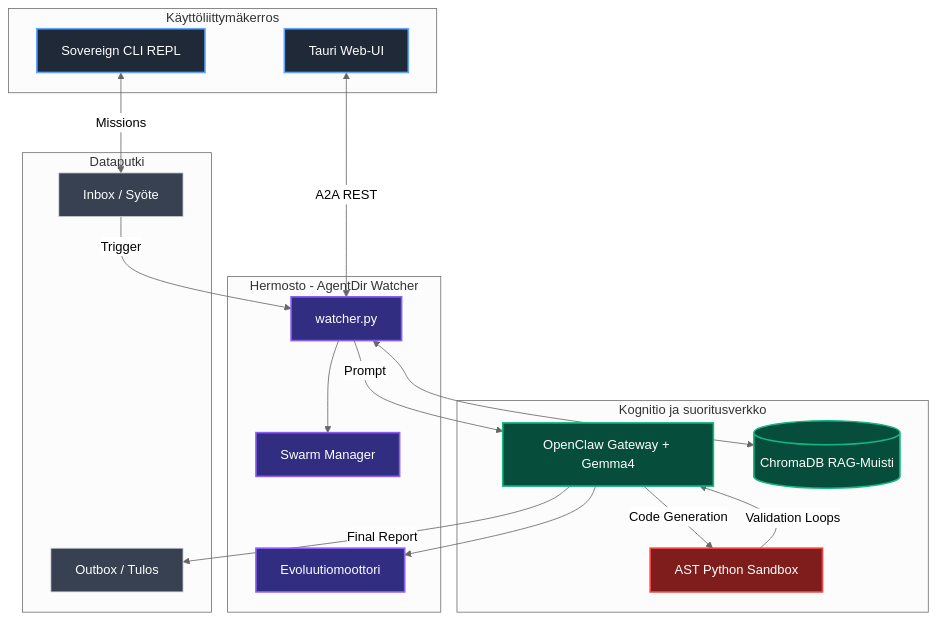
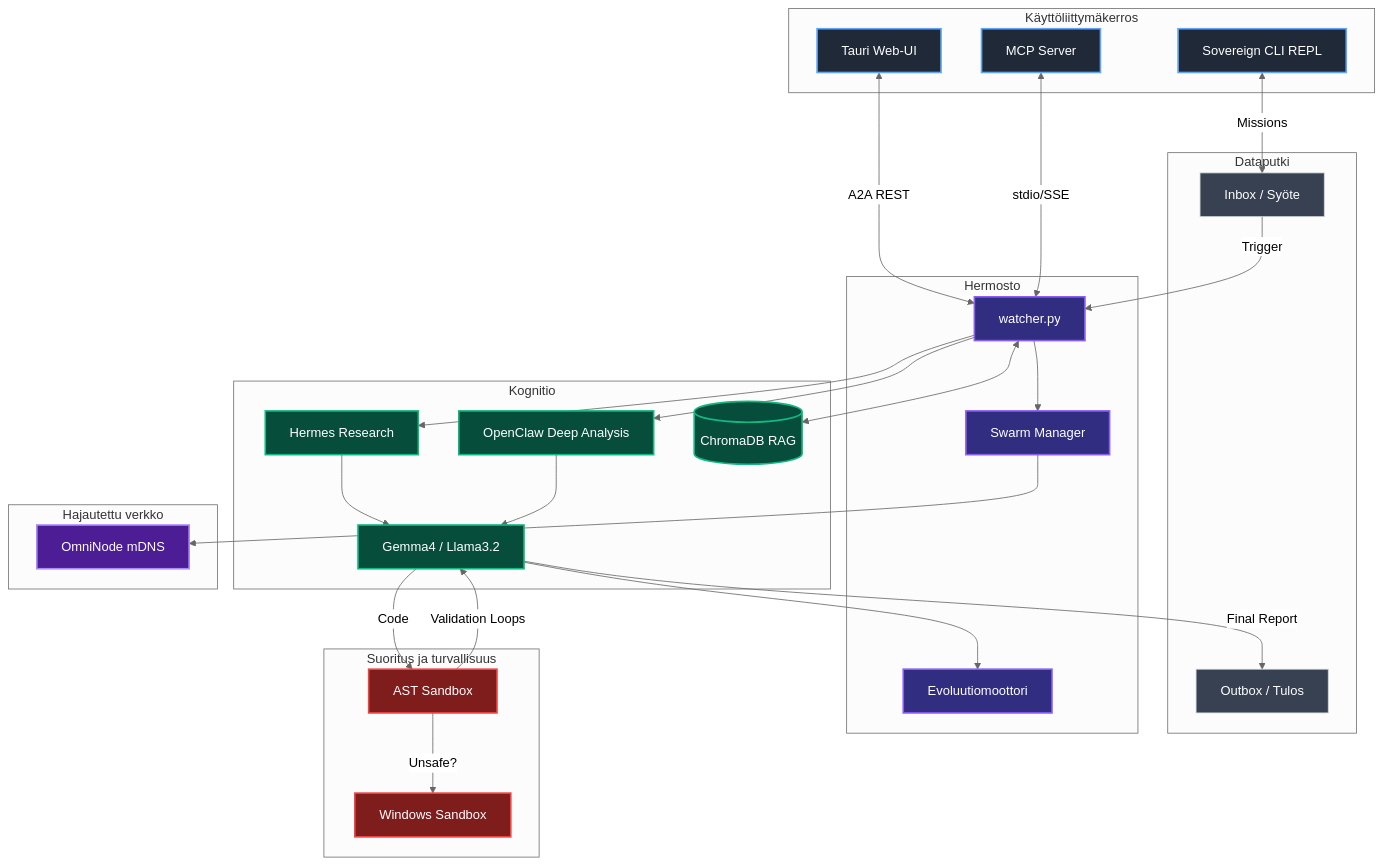
Before and after one commit to harleysederholm-alt/AgentDir: the diagram in README.md, drawn with Mermaid (neutral theme). The commit also changed other lines of this file and 6 other files, not shown here.

Commit message:
fix: integrate Hermes/OpenClaw into CLI REPL, fix wiki/index.md, add evolution guardrails to config, fix all placeholder URLs

````diff
--- a/README.md
+++ b/README.md
@@ -38,42 +36,60 @@
 ```mermaid
 graph TD
     classDef ui fill:#1F2937,stroke:#60A5FA,stroke-width:2px,color:#fff
     classDef core fill:#312E81,stroke:#8B5CF6,stroke-width:2px,color:#fff
     classDef mem fill:#064E3B,stroke:#10B981,stroke-width:2px,color:#fff
     classDef exe fill:#7F1D1D,stroke:#EF4444,stroke-width:2px,color:#fff
     classDef data fill:#374151,stroke:#D1D5DB,stroke-width:1px,color:#fff
+    classDef net fill:#4C1D95,stroke:#A78BFA,stroke-width:2px,color:#fff
 
     subgraph UI["Käyttöliittymäkerros"]
         T[Tauri Web-UI]:::ui
         CLI[Sovereign CLI REPL]:::ui
+        MCP[MCP Server]:::ui
     end
 
     subgraph PIPE["Dataputki"]
         IN[Inbox / Syöte]:::data
         OUT[Outbox / Tulos]:::data
     end
 
-    subgraph SPARK["Hermosto - AgentDir Watcher"]
+    subgraph SPARK["Hermosto"]
         W[watcher.py]:::core
         Evo[Evoluutiomoottori]:::core
         Swarm[Swarm Manager]:::core
     end
 
-    subgraph COGNET["Kognitio ja suoritusverkko"]
-        LLM[OpenClaw Gateway + Gemma4]:::mem
-        RAG[(ChromaDB RAG-Muisti)]:::mem
-        AST[AST Python Sandbox]:::exe
+    subgraph COGNET["Kognitio"]
+        Hermes[Hermes Research]:::mem
+        OC[OpenClaw Deep Analysis]:::mem
+        LLM[Gemma4 / Llama3.2]:::mem
+        RAG[(ChromaDB RAG)]:::mem
+    end
+
+    subgraph EXEC["Suoritus ja turvallisuus"]
+        AST[AST Sandbox]:::exe
+        WSBOX[Windows Sandbox]:::exe
+    end
+
+    subgraph NETWORK["Hajautettu verkko"]
+        OMNI[OmniNode mDNS]:::net
     end
 
     %% Yhteydet
     T <--> |A2A REST| W
     CLI <--> |Missions| IN
+    MCP <--> |stdio/SSE| W
     IN --> |Trigger| W
     W <--> RAG
-    W --> |Prompt| LLM
-    LLM --> |Code Generation| AST
+    W --> Hermes
+    W --> OC
+    Hermes --> LLM
+    OC --> LLM
+    LLM --> |Code| AST
+    AST --> |Unsafe?| WSBOX
     AST --> |Validation Loops| LLM
     LLM --> |Final Report| OUT
     LLM --> Evo
     W --> Swarm
+    Swarm --> OMNI
 ```
````
